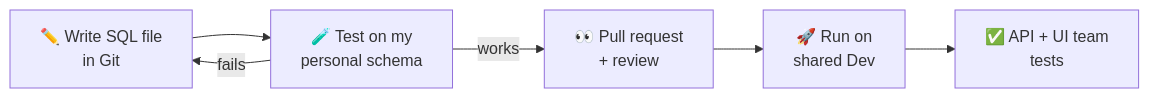
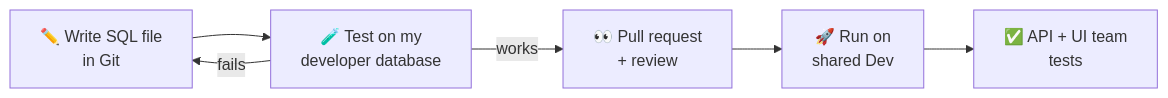
One commit to shende12rahul2/schema-versioning changed the first of 3 diagrams in docs/WORKFLOW.md. Above: the diagram before and after it, drawn with Mermaid. The commit also changed other lines of this file and 19 other files, not shown here.

First line of the commit message:
Rename personal schema to developer database

````diff
--- a/docs/WORKFLOW.md
+++ b/docs/WORKFLOW.md
@@ -18,8 +18,8 @@
 ```mermaid
 flowchart LR
-    A["✏️ Write SQL file<br/>in Git"] --> B["🧪 Test on my<br/>personal schema"]
+    A["✏️ Write SQL file<br/>in Git"] --> B["🧪 Test on my<br/>developer database"]
     B -->|works| C["👀 Pull request<br/>+ review"]
     B -->|fails| A
     C --> D["🚀 Run on<br/>shared Dev"]
     D --> E["✅ API + UI team<br/>tests"]
 ```
````
